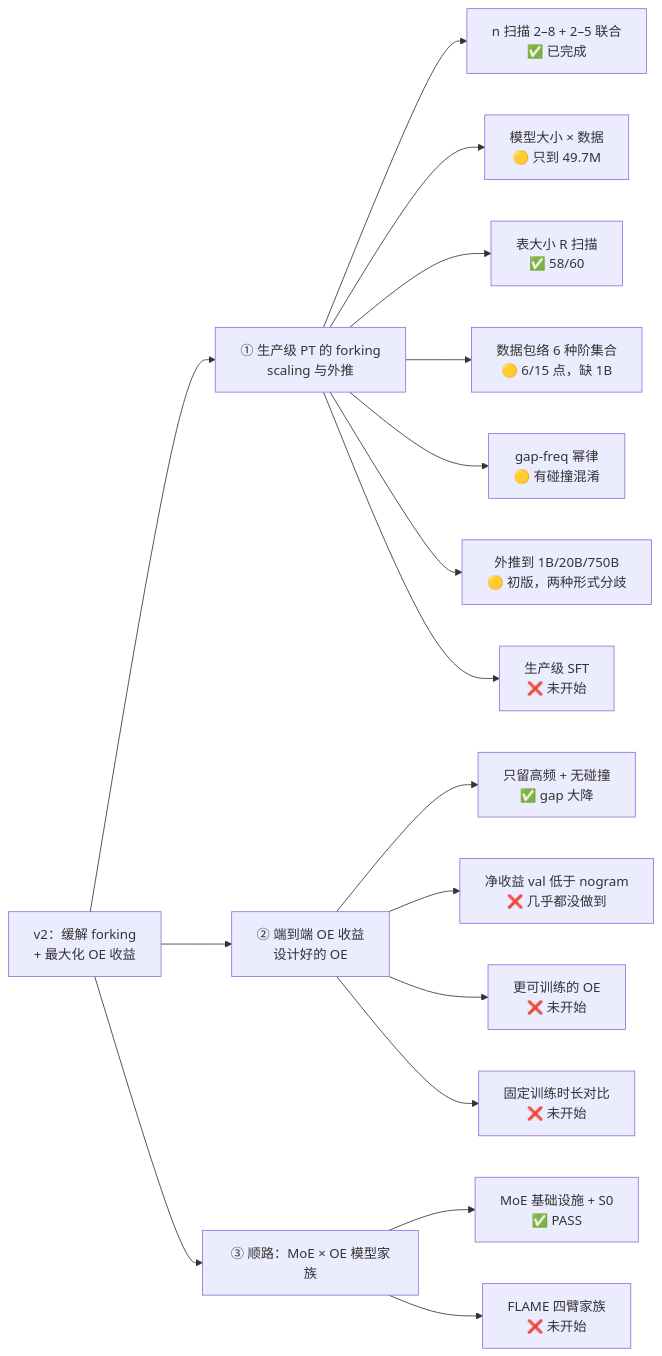
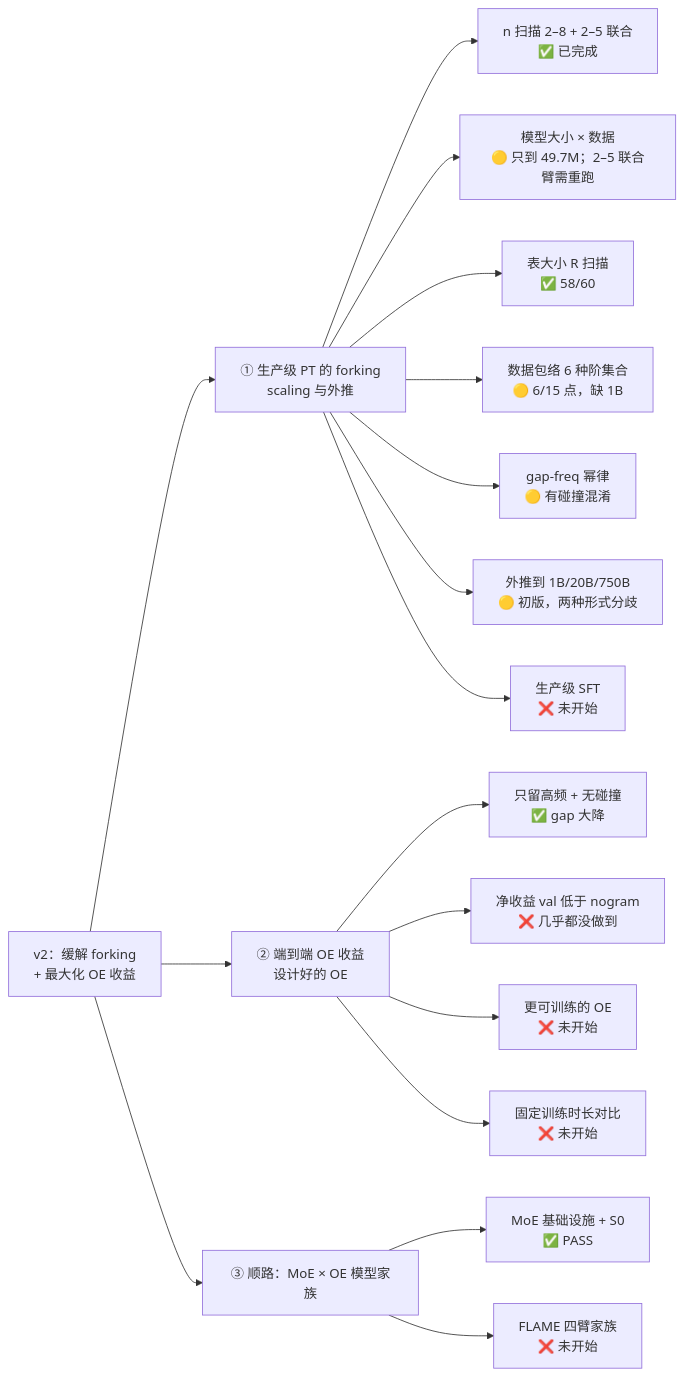
One commit to guoshaoyang-pku/forking changed the diagram in docs/handoff/takeover-overview-20261017.md. Above: the diagram before and after it, drawn with Mermaid. The commit also changed 3 other files, not shown here.

````diff
--- a/docs/handoff/takeover-overview-20261017.md
+++ b/docs/handoff/takeover-overview-20261017.md
@@ -12,20 +12,20 @@
 ```mermaid
 flowchart LR
   G["v2：缓解 forking<br/>+ 最大化 OE 收益"]
   G --> T1["① 生产级 PT 的 forking<br/>scaling 与外推"]
   G --> T2["② 端到端 OE 收益<br/>设计好的 OE"]
   G --> T3["③ 顺路：MoE × OE 模型家族"]
   T1 --> a1["n 扫描 2–8 + 2–5 联合<br/>✅ 已完成"]
-  T1 --> a2["模型大小 × 数据<br/>🟡 只到 49.7M"]
+  T1 --> a2["模型大小 × 数据<br/>🟡 只到 49.7M；2–5 联合臂需重跑"]
   T1 --> a3["表大小 R 扫描<br/>✅ 58/60"]
   T1 --> a4["数据包络 6 种阶集合<br/>🟡 6/15 点，缺 1B"]
   T1 --> a5["gap-freq 幂律<br/>🟡 有碰撞混淆"]
   T1 --> a7["外推到 1B/20B/750B<br/>🟡 初版，两种形式分歧"]
   T1 --> a6["生产级 SFT<br/>❌ 未开始"]
   T2 --> b1["只留高频 + 无碰撞<br/>✅ gap 大降"]
   T2 --> b2["净收益 val 低于 nogram<br/>❌ 几乎都没做到"]
   T2 --> b3["更可训练的 OE<br/>❌ 未开始"]
   T2 --> b4["固定训练时长对比<br/>❌ 未开始"]
   T3 --> c1["MoE 基础设施 + S0<br/>✅ PASS"]
   T3 --> c2["FLAME 四臂家族<br/>❌ 未开始"]
 ```
````
